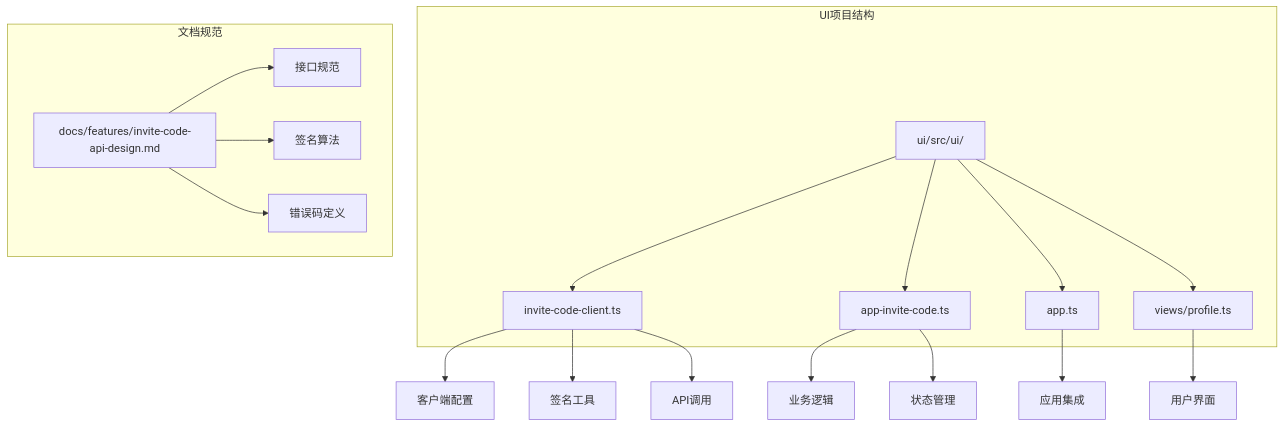
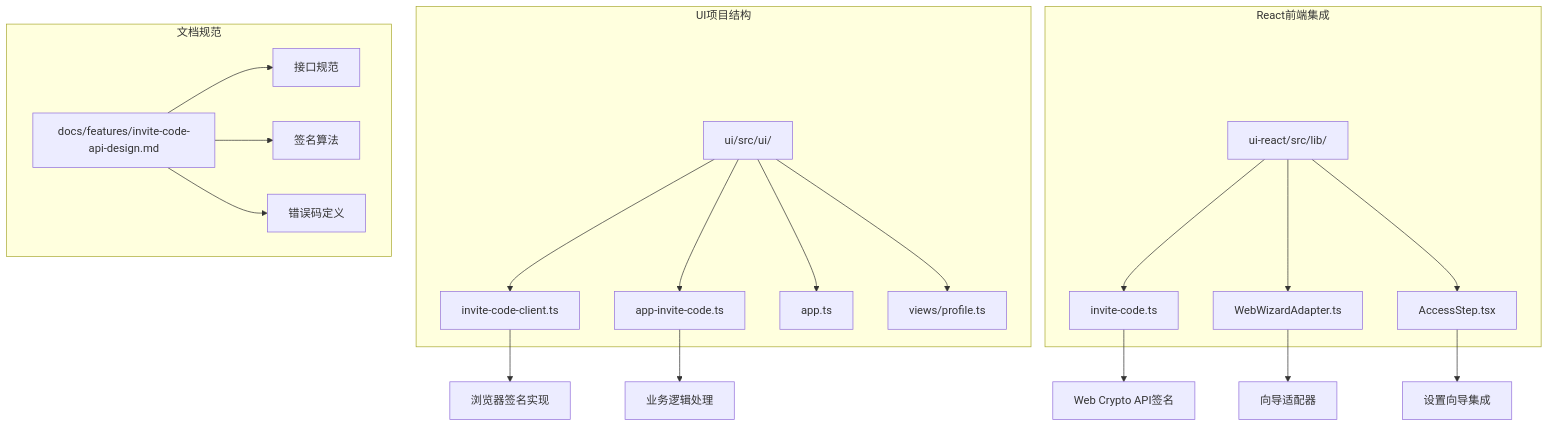
The first of 13 diagrams in .qoder/repowiki/zh/content/核心概念/邀请码API客户端.md (verse-ai-org/openclaw), drawn with Mermaid before and after one commit. The commit also changed other lines of this file and 24 other files, not shown here.

````diff
--- a/.qoder/repowiki/zh/content/核心概念/邀请码API客户端.md
+++ b/.qoder/repowiki/zh/content/核心概念/邀请码API客户端.md
@@ -38,21 +52,24 @@
 ```mermaid
 graph TB
 subgraph "UI项目结构"
 A[ui/src/ui/] --> B[invite-code-client.ts]
 A --> C[app-invite-code.ts]
 A --> D[app.ts]
 A --> E[views/profile.ts]
 end
+subgraph "React前端集成"
+F[ui-react/src/lib/] --> G[invite-code.ts]
+F --> H[WebWizardAdapter.ts]
+F --> I[AccessStep.tsx]
+end
 subgraph "文档规范"
-F[docs/features/invite-code-api-design.md] --> G[接口规范]
-F --> H[签名算法]
-F --> I[错误码定义]
+J[docs/features/invite-code-api-design.md] --> K[接口规范]
+J --> L[签名算法]
+J --> M[错误码定义]
 end
-B --> J[客户端配置]
-B --> K[签名工具]
-B --> L[API调用]
-C --> M[业务逻辑]
-C --> N[状态管理]
-D --> O[应用集成]
-E --> P[用户界面]
+B --> N[浏览器签名实现]
+C --> O[业务逻辑处理]
+G --> P[Web Crypto API签名]
+H --> Q[向导适配器]
+I --> R[设置向导集成]
 ```
````
